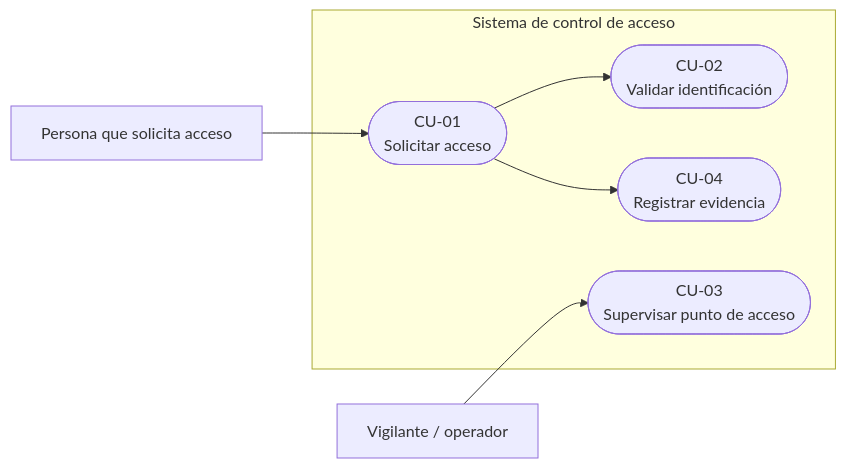
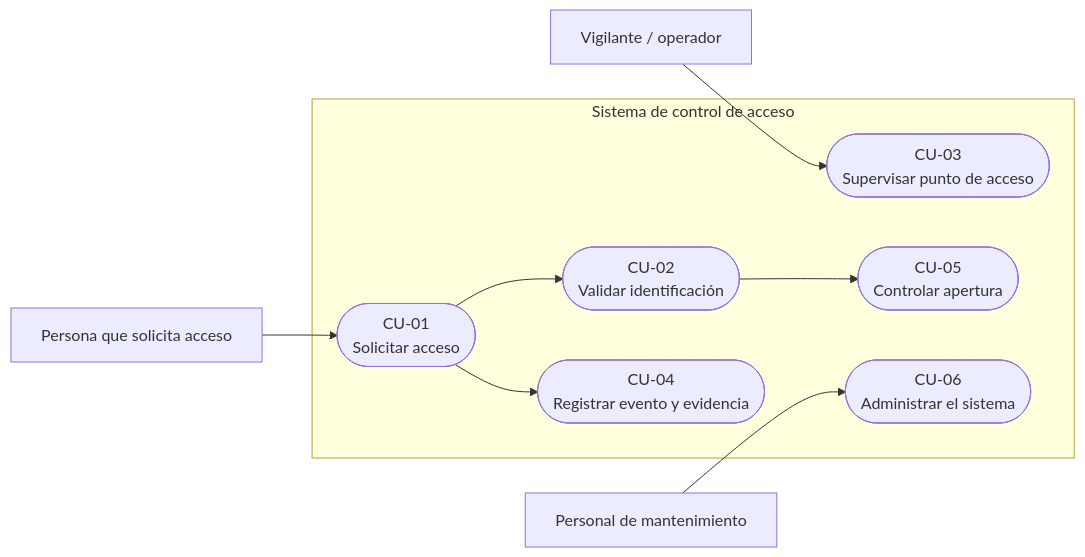
The first of 3 diagrams in docs/11_casos_de_uso.md (VeroC25/Project_1_Embebidos), drawn with Mermaid before and after one commit. The commit also changed other lines of this file, not shown here.

````diff
--- a/docs/11_casos_de_uso.md
+++ b/docs/11_casos_de_uso.md
@@ -34,17 +36,23 @@
 ```mermaid
 flowchart LR
     PERSONA["Persona que solicita acceso"]
     VIG["Vigilante / operador"]
+    MANT["Personal de mantenimiento"]
 
-    subgraph SISTEMA["Sistema de control de acceso"]
+    subgraph SYS["Sistema de control de acceso"]
         CU1(["CU-01<br/>Solicitar acceso"])
         CU2(["CU-02<br/>Validar identificación"])
         CU3(["CU-03<br/>Supervisar punto de acceso"])
-        CU4(["CU-04<br/>Registrar evidencia"])
+        CU4(["CU-04<br/>Registrar evento y evidencia"])
+        CU5(["CU-05<br/>Controlar apertura"])
+        CU6(["CU-06<br/>Administrar el sistema"])
     end
 
     PERSONA --> CU1
     CU1 --> CU2
     CU1 --> CU4
+    CU2 --> CU5
+
     VIG --> CU3
+    MANT --> CU6
 ```
````
